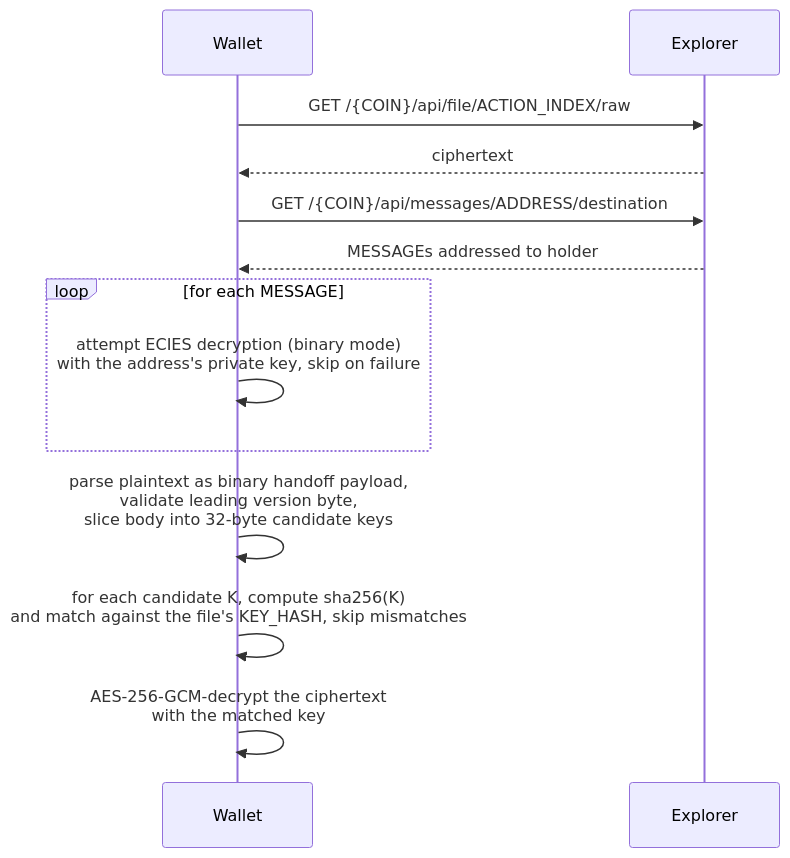
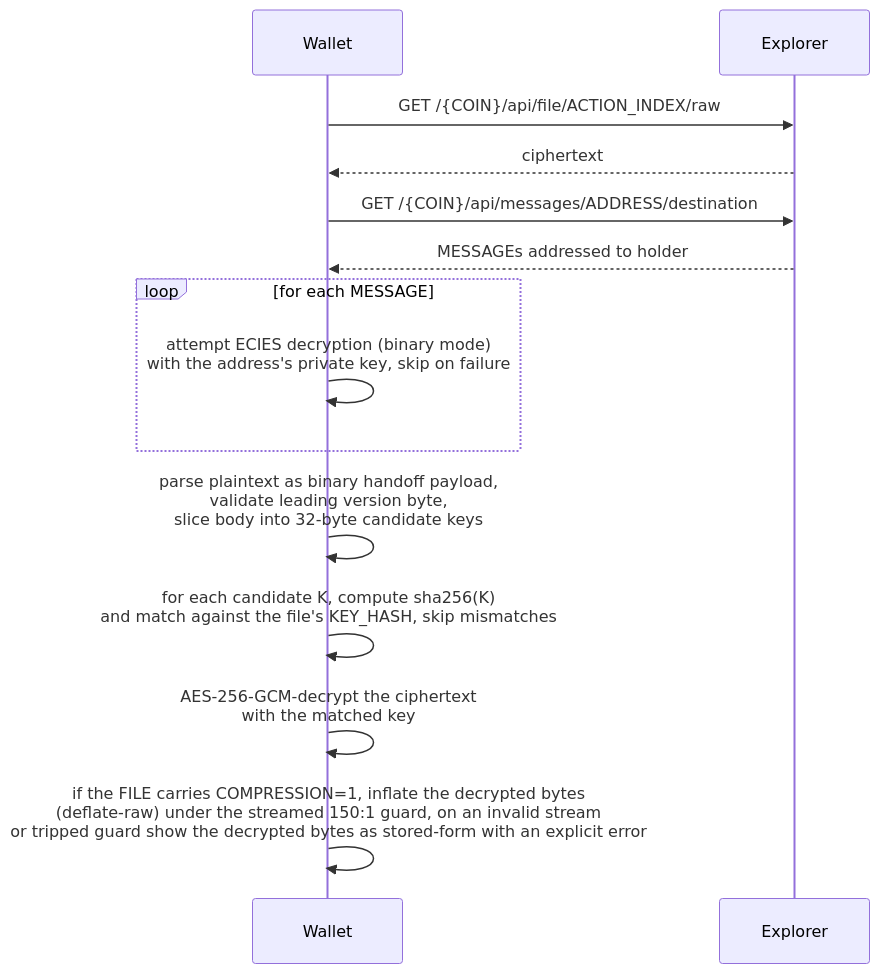
The second of 2 diagrams in protocol/token-gated-content.md (XChain-Platform/xchain-documentation), drawn with Mermaid before and after one commit. The commit also changed other lines of this file and 120 other files, not shown here.

````diff
--- a/protocol/token-gated-content.md
+++ b/protocol/token-gated-content.md
@@ -135,16 +135,17 @@
 ```mermaid
 sequenceDiagram
     participant Wallet
     participant Explorer
 
     Wallet->>Explorer: GET /{COIN}/api/file/ACTION_INDEX/raw
     Explorer-->>Wallet: ciphertext
     Wallet->>Explorer: GET /{COIN}/api/messages/ADDRESS/destination
     Explorer-->>Wallet: MESSAGEs addressed to holder
     loop for each MESSAGE
         Wallet->>Wallet: attempt ECIES decryption (binary mode)<br>with the address's private key, skip on failure
     end
     Wallet->>Wallet: parse plaintext as binary handoff payload,<br>validate leading version byte,<br>slice body into 32-byte candidate keys
     Wallet->>Wallet: for each candidate K, compute sha256(K)<br>and match against the file's KEY_HASH, skip mismatches
     Wallet->>Wallet: AES-256-GCM-decrypt the ciphertext<br>with the matched key
+    Wallet->>Wallet: if the FILE carries COMPRESSION=1, inflate the decrypted bytes<br>(deflate-raw) under the streamed 150:1 guard, on an invalid stream<br>or tripped guard show the decrypted bytes as stored-form with an explicit error
 ```
````
